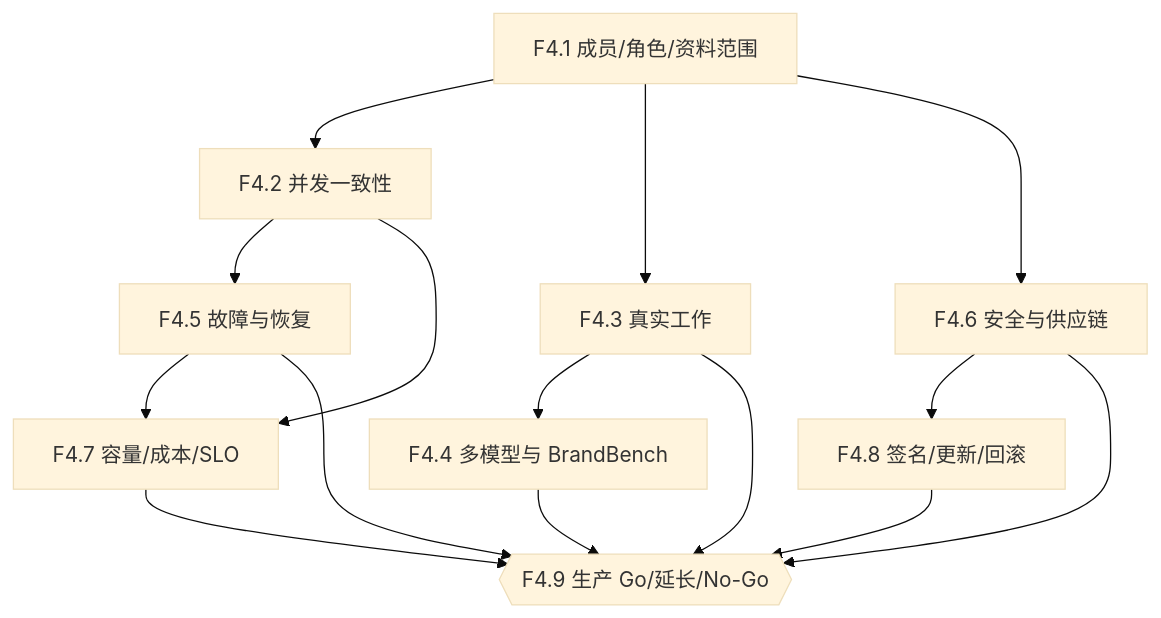
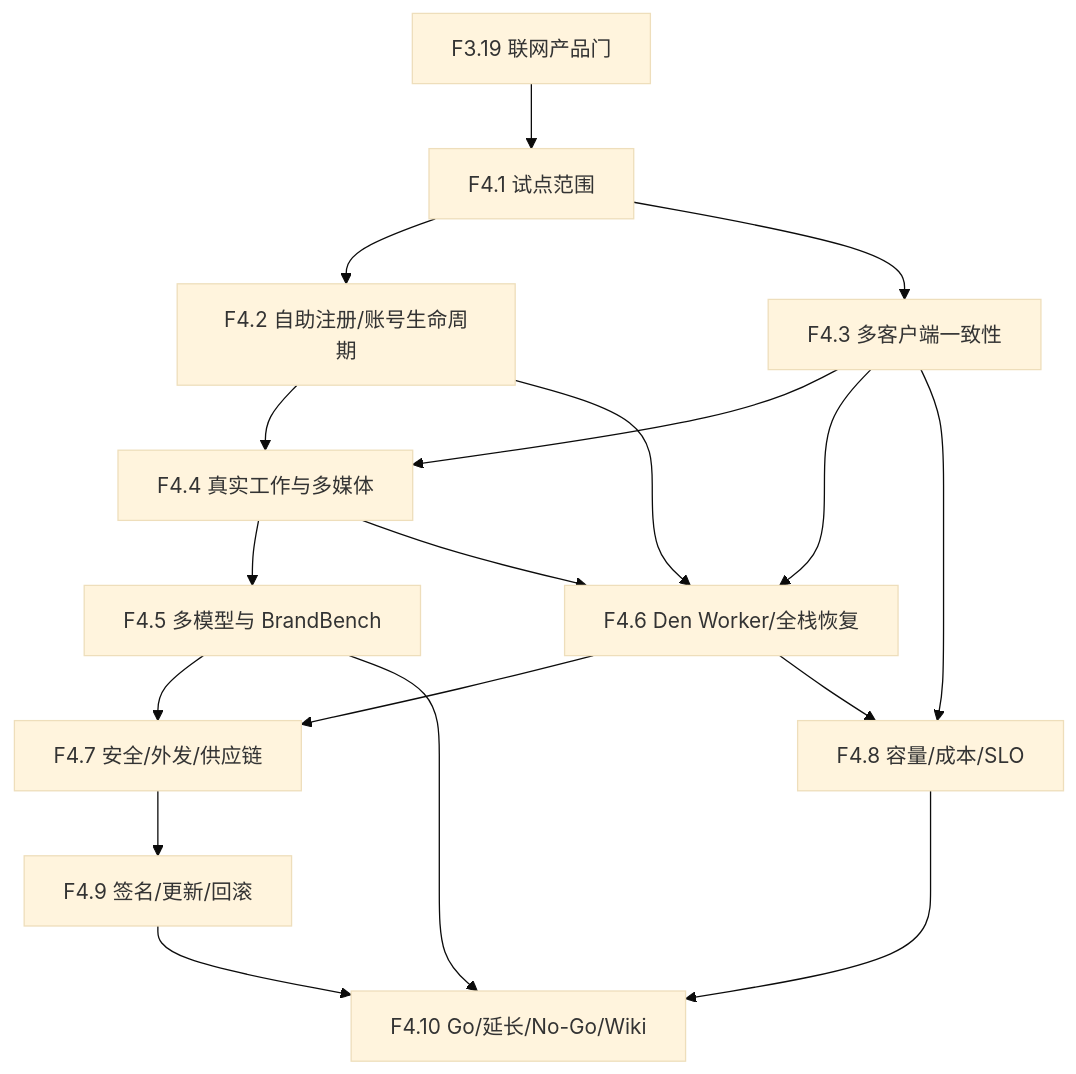
One commit to xingranya/fox changed the fourth of 5 diagrams in docs/plan/dependency-graph.md. Above: the diagram before and after it, drawn with Mermaid (base theme). The commit also changed other lines of this file and 43 other files, not shown here.

First line of the commit message:
docs(spec): 统一 Den 与 Brand OS 活动规划

````diff
--- a/docs/plan/dependency-graph.md
+++ b/docs/plan/dependency-graph.md
@@ -118,18 +115,20 @@
 ```mermaid
 flowchart TD
-    F41["F4.1 成员/角色/资料范围"]
-    F41 --> F42["F4.2 并发一致性"]
-    F41 --> F43["F4.3 真实工作"] --> F44["F4.4 多模型与 BrandBench"]
-    F42 --> F45["F4.5 故障与恢复"]
-    F41 --> F46["F4.6 安全与供应链"]
-    F42 --> F47["F4.7 容量/成本/SLO"]
-    F45 --> F47
-    F46 --> F48["F4.8 签名/更新/回滚"]
-    F49{{"F4.9 生产 Go/延长/No-Go"}}
-    F43 --> F49
-    F44 --> F49
-    F45 --> F49
-    F46 --> F49
-    F47 --> F49
-    F48 --> F49
+    F319["F3.19 联网产品门"] --> F41["F4.1 试点范围"]
+    F41 --> F42["F4.2 自助注册/账号生命周期"]
+    F41 --> F43["F4.3 多客户端一致性"]
+    F42 --> F44["F4.4 真实工作与多媒体"]
+    F43 --> F44
+    F44 --> F45["F4.5 多模型与 BrandBench"]
+    F42 --> F46["F4.6 Den Worker/全栈恢复"]
+    F43 --> F46
+    F44 --> F46
+    F45 --> F47["F4.7 安全/外发/供应链"]
+    F46 --> F47
+    F43 --> F48["F4.8 容量/成本/SLO"]
+    F46 --> F48
+    F47 --> F49["F4.9 签名/更新/回滚"]
+    F45 --> F410["F4.10 Go/延长/No-Go/Wiki"]
+    F48 --> F410
+    F49 --> F410
 ```
````
